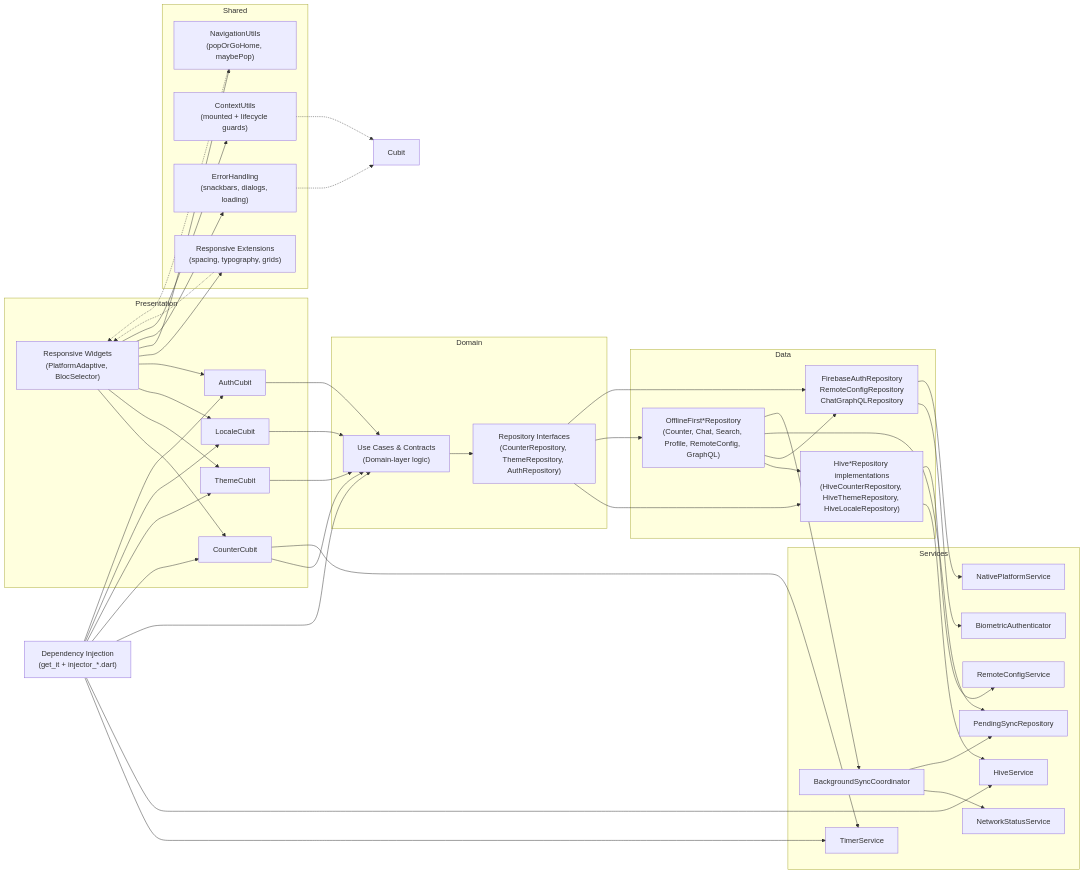
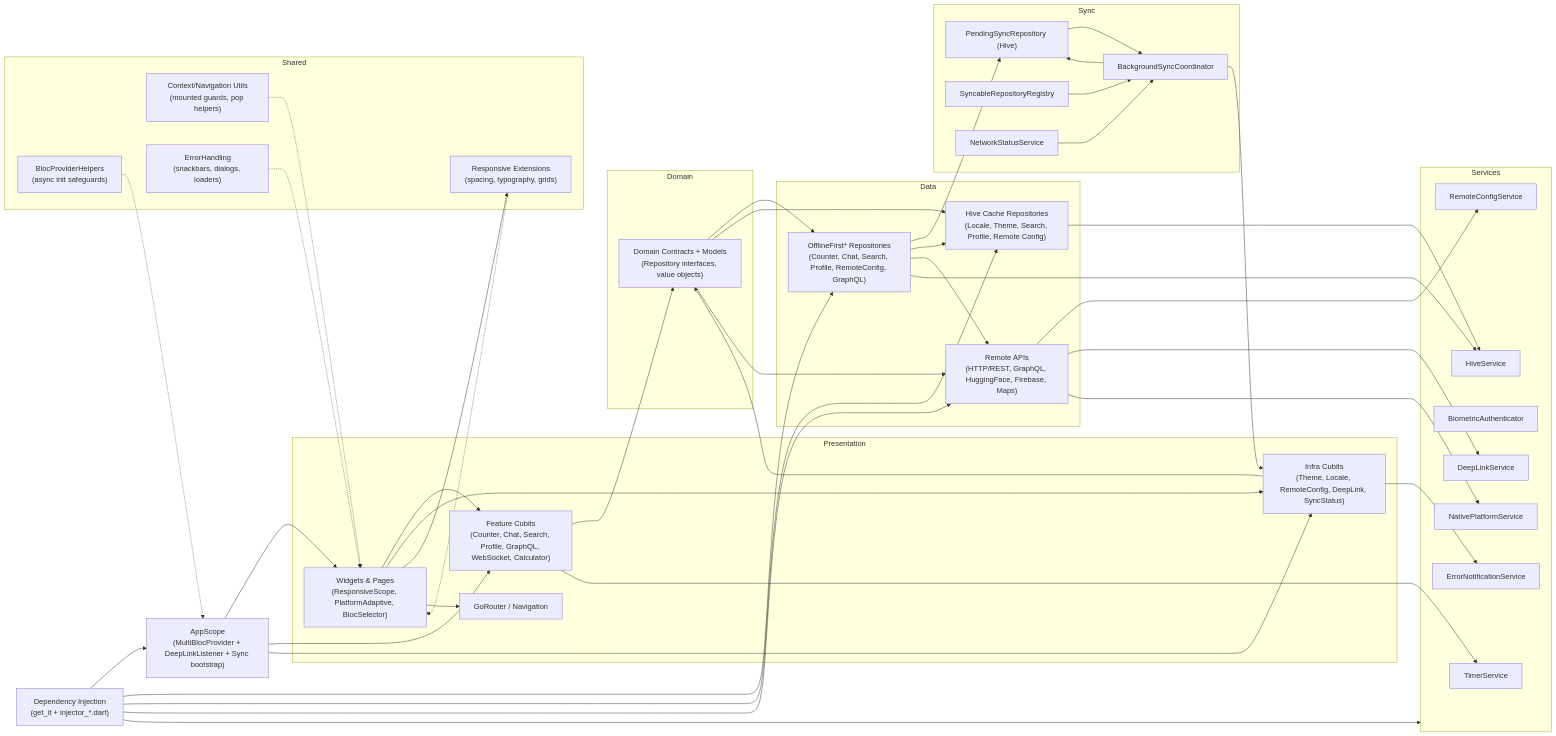
Before and after one commit to redjadet/flutter_bloc_app: the first of 2 diagrams in README.md, drawn with Mermaid. The commit also changed other lines of this file, not shown here.

Commit message:
Enhance README to clarify architecture and tooling details
- Updated architecture section to include `AppScope` initialization and dependency injection details.
- Improved clarity on cubit and repository interactions, emphasizing offline-first architecture and sync mechanisms.
- Refined descriptions of shared utilities and their roles in ensuring safe navigation and error handling.
- Enhanced the architecture diagram to reflect new components and their relationships.

````diff
--- a/README.md
+++ b/README.md
@@ -220,81 +220,84 @@
 ```mermaid
 flowchart LR
+  AppScope["AppScope<br/>(MultiBlocProvider + DeepLinkListener + Sync bootstrap)"]
+
   subgraph Presentation
-    Widgets["Responsive Widgets<br/>(PlatformAdaptive, BlocSelector)"]
-    CounterCubit
-    ThemeCubit
-    LocaleCubit
-    AuthCubit
+    Widgets["Widgets & Pages<br/>(ResponsiveScope, PlatformAdaptive, BlocSelector)"]
+    FeatureCubits["Feature Cubits<br/>(Counter, Chat, Search, Profile, GraphQL, WebSocket, Calculator)"]
+    InfraCubits["Infra Cubits<br/>(Theme, Locale, RemoteConfig, DeepLink, SyncStatus)"]
+    Router["GoRouter / Navigation"]
   end
 
   subgraph Domain
-    UseCases["Use Cases & Contracts<br/>(Domain-layer logic)"]
-    Repositories["Repository Interfaces<br/>(CounterRepository, ThemeRepository, AuthRepository)"]
+    Contracts["Domain Contracts + Models<br/>(Repository interfaces, value objects)"]
   end
 
   subgraph Data
-    HiveRepos["Hive*Repository implementations<br/>(HiveCounterRepository, HiveThemeRepository, HiveLocaleRepository)"]
-    OfflineFirstRepos["OfflineFirst*Repository<br/>(Counter, Chat, Search, Profile, RemoteConfig, GraphQL)"]
-    NetworkRepos["FirebaseAuthRepository<br/>RemoteConfigRepository<br/>ChatGraphQLRepository"]
+    OfflineRepos["OfflineFirst* Repositories<br/>(Counter, Chat, Search, Profile, RemoteConfig, GraphQL)"]
+    CacheRepos["Hive Cache Repositories<br/>(Locale, Theme, Search, Profile, Remote Config)"]
+    RemoteRepos["Remote APIs<br/>(HTTP/REST, GraphQL, HuggingFace, Firebase, Maps)"]
+  end
+
+  subgraph Sync
+    PendingSync["PendingSyncRepository (Hive)"]
+    Registry["SyncableRepositoryRegistry"]
+    Coordinator["BackgroundSyncCoordinator"]
+    NetworkStatus["NetworkStatusService"]
   end
 
   subgraph Services
+    HiveService
     TimerService
-    HiveService
     BiometricAuthenticator
+    DeepLinkService
+    RemoteConfigService
     NativePlatformService
-    RemoteConfigService
-    BackgroundSyncCoordinator
-    NetworkStatusService
-    PendingSyncRepository
+    ErrorNotificationService
+  end
+
+  subgraph Shared
+    ResponsiveExt["Responsive Extensions<br/>(spacing, typography, grids)"]
+    ContextUtilsNode["Context/Navigation Utils<br/>(mounted guards, pop helpers)"]
+    ErrorHandlingNode["ErrorHandling<br/>(snackbars, dialogs, loaders)"]
+    BlocProviderHelpers["BlocProviderHelpers<br/>(async init safeguards)"]
   end
 
   Injector["Dependency Injection<br/>(get_it + injector_*.dart)"]
 
-  subgraph Shared
-    ResponsiveExt["Responsive Extensions<br/>(spacing, typography, grids)"]
-    ContextUtilsNode["ContextUtils<br/>(mounted + lifecycle guards)"]
-    NavigationUtilsNode["NavigationUtils<br/>(popOrGoHome, maybePop)"]
-    ErrorHandlingNode["ErrorHandling<br/>(snackbars, dialogs, loading)"]
-  end
-
-  Widgets --> CounterCubit
-  Widgets --> ThemeCubit
-  Widgets --> LocaleCubit
-  Widgets --> AuthCubit
+  AppScope --> Widgets
+  AppScope --> FeatureCubits
+  AppScope --> InfraCubits
+  Widgets --> FeatureCubits
+  Widgets --> InfraCubits
   Widgets --> ResponsiveExt
-  Widgets --> NavigationUtilsNode
-  Widgets --> ErrorHandlingNode
-  Widgets --> ContextUtilsNode
-  CounterCubit --> UseCases
-  ThemeCubit --> UseCases
-  LocaleCubit --> UseCases
-  AuthCubit --> UseCases
-  UseCases --> Repositories
-  Repositories --> HiveRepos
-  Repositories --> OfflineFirstRepos
-  Repositories --> NetworkRepos
-  HiveRepos --> HiveService
-  OfflineFirstRepos --> HiveRepos
-  OfflineFirstRepos --> NetworkRepos
-  OfflineFirstRepos --> PendingSyncRepository
-  OfflineFirstRepos --> BackgroundSyncCoordinator
-  BackgroundSyncCoordinator --> NetworkStatusService
-  BackgroundSyncCoordinator --> PendingSyncRepository
-  HiveRepos --> RemoteConfigService
-  NetworkRepos --> BiometricAuthenticator
-  NetworkRepos --> NativePlatformService
-  CounterCubit --> TimerService
-  Injector --> CounterCubit
-  Injector --> ThemeCubit
-  Injector --> LocaleCubit
-  Injector --> AuthCubit
-  Injector --> TimerService
-  Injector --> HiveService
-  Injector --> UseCases
-
-  ContextUtilsNode -.-> Cubit
-  ErrorHandlingNode -.-> Cubit
-  NavigationUtilsNode -.-> Widgets
+  Widgets --> Router
+  FeatureCubits --> Contracts
+  InfraCubits --> Contracts
+  Contracts --> OfflineRepos
+  Contracts --> CacheRepos
+  Contracts --> RemoteRepos
+  OfflineRepos --> PendingSync
+  OfflineRepos --> CacheRepos
+  OfflineRepos --> RemoteRepos
+  CacheRepos --> HiveService
+  OfflineRepos --> HiveService
+  FeatureCubits --> TimerService
+  InfraCubits --> ErrorNotificationService
+  RemoteRepos --> RemoteConfigService
+  RemoteRepos --> DeepLinkService
+  RemoteRepos --> NativePlatformService
+  PendingSync --> Coordinator
+  Registry --> Coordinator
+  NetworkStatus --> Coordinator
+  Coordinator --> PendingSync
+  Coordinator --> InfraCubits
+  Injector --> AppScope
+  Injector --> Services
+  Injector --> OfflineRepos
+  Injector --> CacheRepos
+  Injector --> RemoteRepos
   ResponsiveExt -.-> Widgets
+  ContextUtilsNode -.-> Widgets
+  ErrorHandlingNode -.-> Widgets
+  BlocProviderHelpers -.-> AppScope
 ```
````
